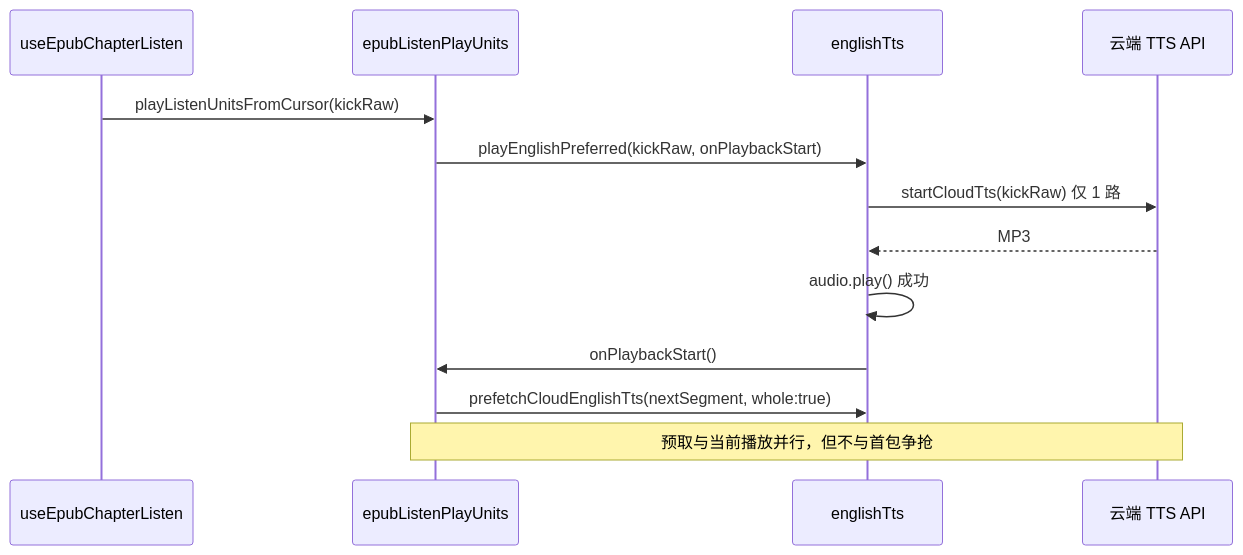
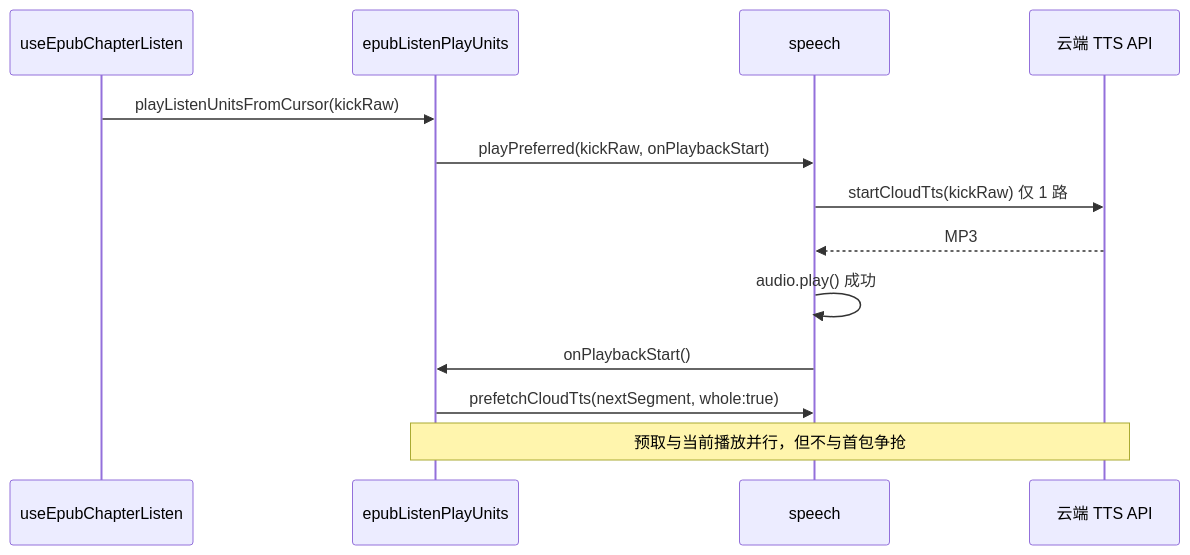
The diagram in docs/ebook/epub-listen-prefetch-after-start.md (dnhyxc/dnhyxc-ai), drawn with Mermaid before and after one commit. The commit also changed other lines of this file and 111 other files, not shown here.

````diff
--- a/docs/ebook/epub-listen-prefetch-after-start.md
+++ b/docs/ebook/epub-listen-prefetch-after-start.md
@@ -386,16 +386,16 @@
 ```mermaid
 sequenceDiagram
   participant Hook as useEpubChapterListen
   participant Units as epubListenPlayUnits
-  participant TTS as englishTts
+  participant TTS as speech
   participant Net as 云端 TTS API
 
   Hook->>Units: playListenUnitsFromCursor(kickRaw)
-  Units->>TTS: playEnglishPreferred(kickRaw, onPlaybackStart)
+  Units->>TTS: playPreferred(kickRaw, onPlaybackStart)
   TTS->>Net: startCloudTts(kickRaw) 仅 1 路
   Net-->>TTS: MP3
   TTS->>TTS: audio.play() 成功
   TTS->>Units: onPlaybackStart()
-  Units->>TTS: prefetchCloudEnglishTts(nextSegment, whole:true)
+  Units->>TTS: prefetchCloudTts(nextSegment, whole:true)
   Note over Units,Net: 预取与当前播放并行，但不与首包争抢
 ```
````
